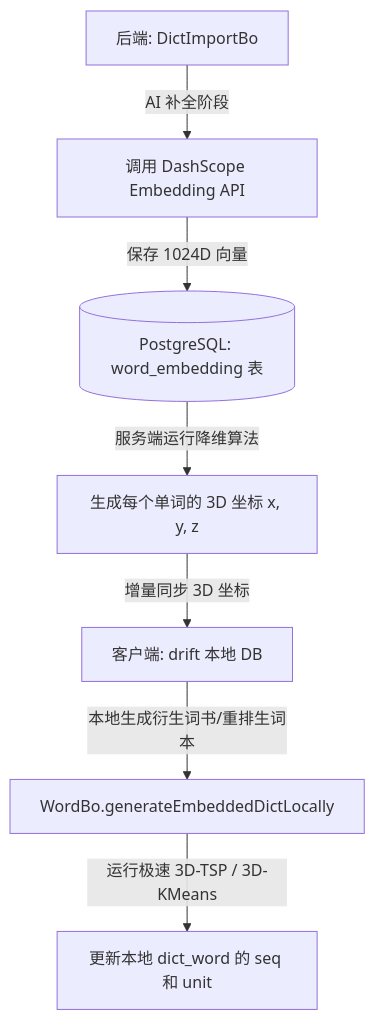
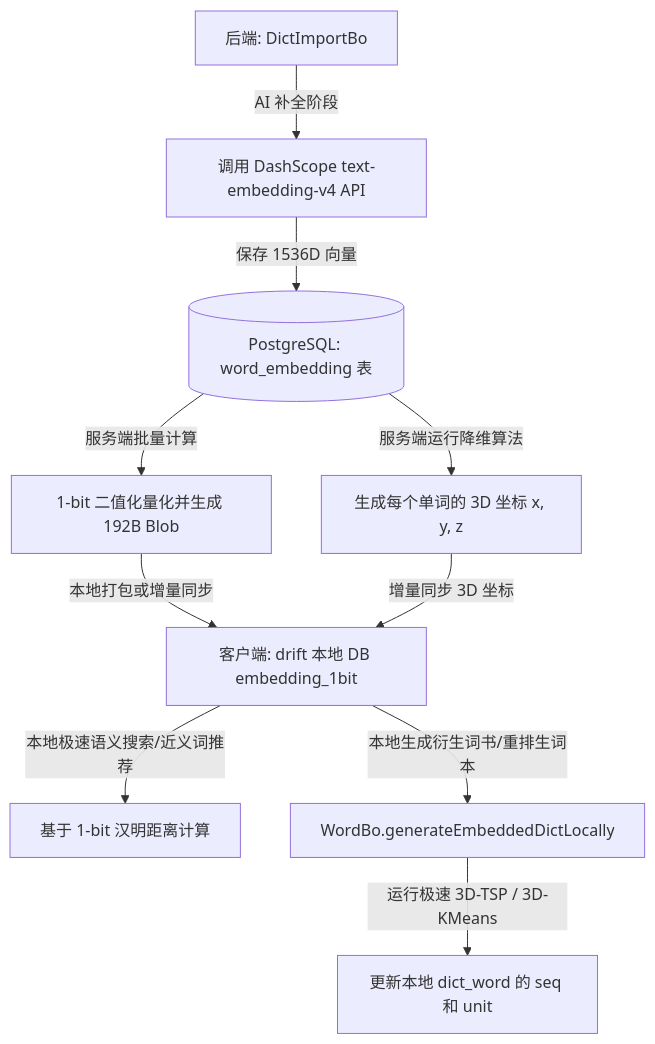
Before and after one commit to yubingma/nnbdc: the diagram in design/word_embedding_sorting_plan.md, drawn with Mermaid. The commit also changed other lines of this file, not shown here.

Commit message:
docs: update word embedding sorting strategy documentation

````diff
--- a/design/word_embedding_sorting_plan.md
+++ b/design/word_embedding_sorting_plan.md
@@ -178,9 +198,12 @@
 ```mermaid
 graph TD
-    A[后端: DictImportBo] -->|AI 补全阶段| B[调用 DashScope Embedding API]
-    B -->|保存 1024D 向量| C[(PostgreSQL: word_embedding 表)]
+    A[后端: DictImportBo] -->|AI 补全阶段| B[调用 DashScope text-embedding-v4 API]
+    B -->|保存 1536D 向量| C[(PostgreSQL: word_embedding 表)]
+    C -->|服务端批量计算| G[1-bit 二值化量化并生成 192B Blob]
     C -->|服务端运行降维算法| H[生成每个单词的 3D 坐标 x, y, z]
-    H -->|增量同步 3D 坐标| D[客户端: drift 本地 DB]
+    G -->|本地打包或增量同步| D[客户端: drift 本地 DB embedding_1bit]
+    H -->|增量同步 3D 坐标| D
+    D -->|本地极速语义搜索/近义词推荐| I[基于 1-bit 汉明距离计算]
     D -->|本地生成衍生词书/重排生词本| E[WordBo.generateEmbeddedDictLocally]
     E -->|运行极速 3D-TSP / 3D-KMeans| F[更新本地 dict_word 的 seq 和 unit]
 ```
````
